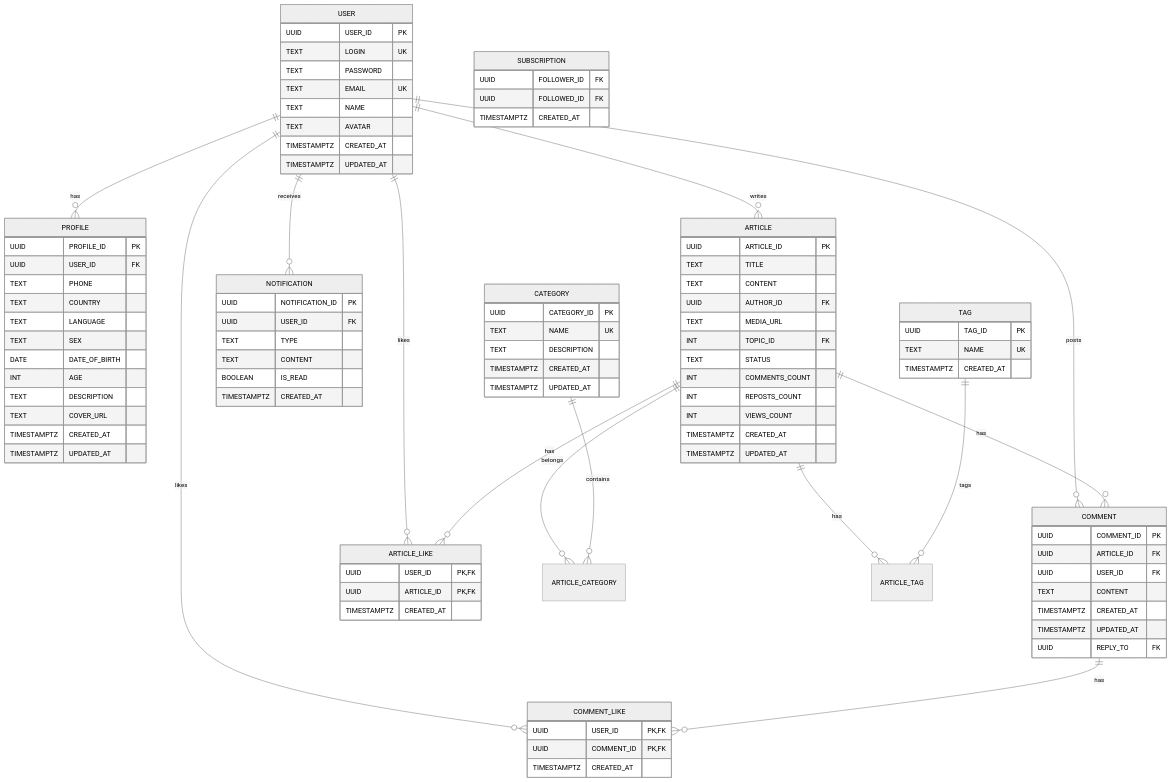
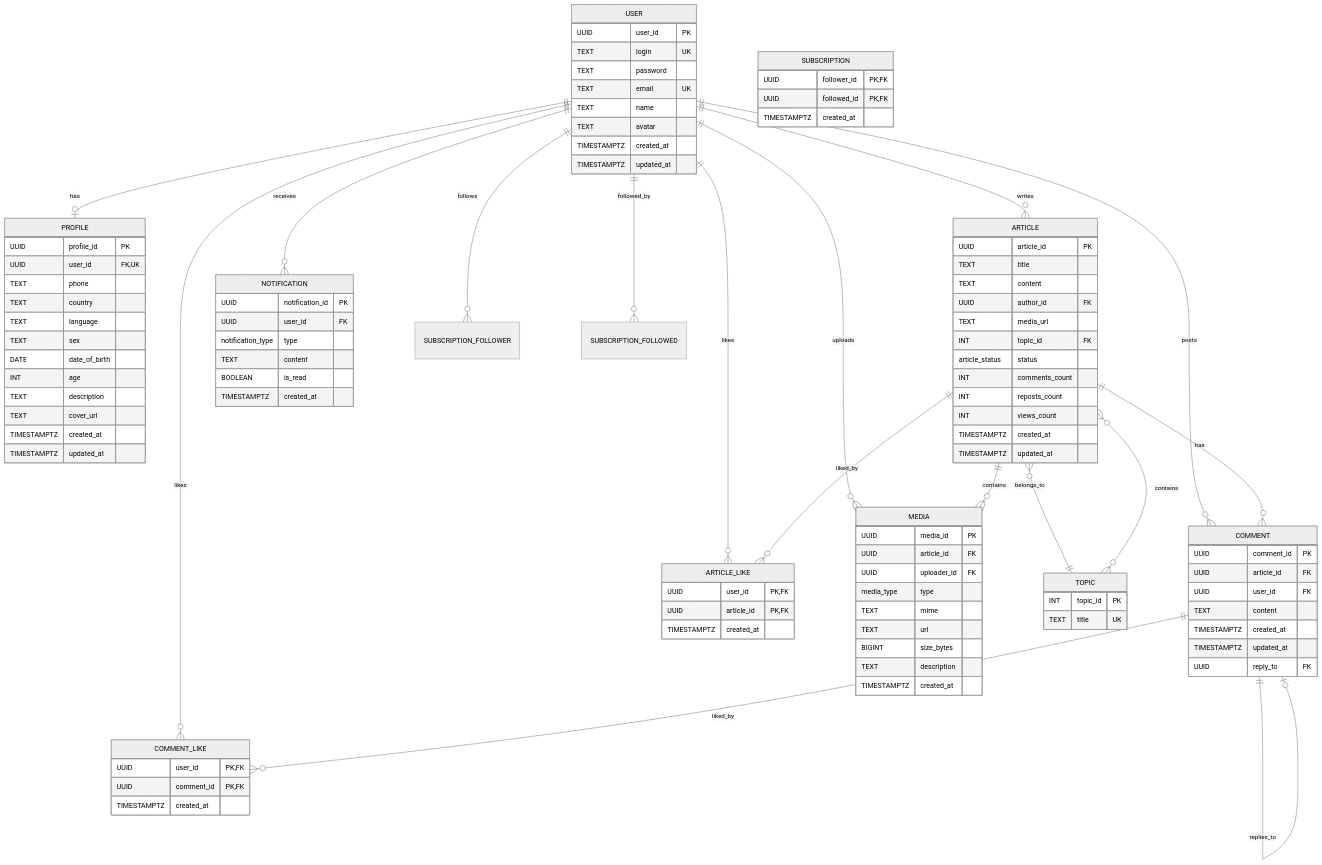
One commit to go-park-mail-ru/2025_2_MindLeak changed the diagram in db/normalized/ER_diagram.md. Above: the diagram before and after it, drawn with Mermaid (neutral theme). The commit also changed 2 other files, not shown here.

````diff
--- a/db/normalized/ER_diagram.md
+++ b/db/normalized/ER_diagram.md
@@ -1,99 +1,117 @@
 ```mermaid
 erDiagram
-    USER ||--o{ PROFILE : has
+    USER ||--o| PROFILE : has
     USER ||--o{ ARTICLE : writes
     USER ||--o{ COMMENT : posts
     USER ||--o{ ARTICLE_LIKE : likes
     USER ||--o{ COMMENT_LIKE : likes
     USER ||--o{ NOTIFICATION : receives
+    USER ||--o{ SUBSCRIPTION_FOLLOWER : follows
+    USER ||--o{ SUBSCRIPTION_FOLLOWED : followed_by
+    USER ||--o{ MEDIA : uploads
+
     ARTICLE ||--o{ COMMENT : has
-    ARTICLE ||--o{ ARTICLE_CATEGORY : belongs
-    ARTICLE ||--o{ ARTICLE_TAG : has
-    ARTICLE ||--o{ ARTICLE_LIKE : has
-    CATEGORY ||--o{ ARTICLE_CATEGORY : contains
-    TAG ||--o{ ARTICLE_TAG : tags
-    COMMENT ||--o{ COMMENT_LIKE : has
+    ARTICLE ||--o{ ARTICLE_LIKE : liked_by
+    ARTICLE ||--o{ MEDIA : contains
+    ARTICLE }o--|| TOPIC : belongs_to
+
+    COMMENT ||--o{ COMMENT_LIKE : liked_by
+    COMMENT ||--o| COMMENT : replies_to
+
+    TOPIC }o--o{ ARTICLE : contains
 
     USER {
-        UUID USER_ID PK
-        TEXT LOGIN UK
-        TEXT PASSWORD
-        TEXT EMAIL UK
-        TEXT NAME
-        TEXT AVATAR
-        TIMESTAMPTZ CREATED_AT
-        TIMESTAMPTZ UPDATED_AT
+        UUID user_id PK
+        TEXT login UK
+        TEXT password
+        TEXT email UK
+        TEXT name
+        TEXT avatar
+        TIMESTAMPTZ created_at
+        TIMESTAMPTZ updated_at
     }
+
     PROFILE {
-        UUID PROFILE_ID PK
-        UUID USER_ID FK
-        TEXT PHONE
-        TEXT COUNTRY
-        TEXT LANGUAGE
-        TEXT SEX
-        DATE DATE_OF_BIRTH
-        INT AGE
-        TEXT DESCRIPTION
-        TEXT COVER_URL
-        TIMESTAMPTZ CREATED_AT
-        TIMESTAMPTZ UPDATED_AT
+        UUID profile_id PK
+        UUID user_id FK,UK
+        TEXT phone
+        TEXT country
+        TEXT language
+        TEXT sex
+        DATE date_of_birth
+        INT age
+        TEXT description
+        TEXT cover_url
+        TIMESTAMPTZ created_at
+        TIMESTAMPTZ updated_at
     }
+
     ARTICLE {
-        UUID ARTICLE_ID PK
-        TEXT TITLE
-        TEXT CONTENT
-        UUID AUTHOR_ID FK
-        TEXT MEDIA_URL
-        INT TOPIC_ID FK
-        TEXT STATUS
-        INT COMMENTS_COUNT
-        INT REPOSTS_COUNT
-        INT VIEWS_COUNT
-        TIMESTAMPTZ CREATED_AT
-        TIMESTAMPTZ UPDATED_AT
+        UUID article_id PK
+        TEXT title
+        TEXT content
+        UUID author_id FK
+        TEXT media_url
+        INT topic_id FK
+        article_status status
+        INT comments_count
+        INT reposts_count
+        INT views_count
+        TIMESTAMPTZ created_at
+        TIMESTAMPTZ updated_at
     }
-    CATEGORY {
-        UUID CATEGORY_ID PK
-        TEXT NAME UK
-        TEXT DESCRIPTION
-        TIMESTAMPTZ CREATED_AT
-        TIMESTAMPTZ UPDATED_AT
+
+    TOPIC {
+        INT topic_id PK
+        TEXT title UK
     }
-    TAG {
-        UUID TAG_ID PK
-        TEXT NAME UK
-        TIMESTAMPTZ CREATED_AT
+
+    COMMENT {
+        UUID comment_id PK
+        UUID article_id FK
+        UUID user_id FK
+        TEXT content
+        TIMESTAMPTZ created_at
+        TIMESTAMPTZ updated_at
+        UUID reply_to FK
     }
-    COMMENT {
-        UUID COMMENT_ID PK
-        UUID ARTICLE_ID FK
-        UUID USER_ID FK
-        TEXT CONTENT
-        TIMESTAMPTZ CREATED_AT
-        TIMESTAMPTZ UPDATED_AT
-        UUID REPLY_TO FK
+
+    ARTICLE_LIKE {
+        UUID user_id PK,FK
+        UUID article_id PK,FK
+        TIMESTAMPTZ created_at
     }
-    ARTICLE_LIKE {
-        UUID USER_ID PK,FK
-        UUID ARTICLE_ID PK,FK
-        TIMESTAMPTZ CREATED_AT
+
+    COMMENT_LIKE {
+        UUID user_id PK,FK
+        UUID comment_id PK,FK
+        TIMESTAMPTZ created_at
     }
-    COMMENT_LIKE {
-        UUID USER_ID PK,FK
-        UUID COMMENT_ID PK,FK
-        TIMESTAMPTZ CREATED_AT
+
+    MEDIA {
+        UUID media_id PK
+        UUID article_id FK
+        UUID uploader_id FK
+        media_type type
+        TEXT mime
+        TEXT url
+        BIGINT size_bytes
+        TEXT description
+        TIMESTAMPTZ created_at
     }
+
+    SUBSCRIPTION {
+        UUID follower_id PK,FK
+        UUID followed_id PK,FK
+        TIMESTAMPTZ created_at
+    }
+
     NOTIFICATION {
-        UUID NOTIFICATION_ID PK
-        UUID USER_ID FK
-        TEXT TYPE
-        TEXT CONTENT
-        BOOLEAN IS_READ
-        TIMESTAMPTZ CREATED_AT
-    }
-    SUBSCRIPTION {
-        UUID FOLLOWER_ID FK
-        UUID FOLLOWED_ID FK
-        TIMESTAMPTZ CREATED_AT
+        UUID notification_id PK
+        UUID user_id FK
+        notification_type type
+        TEXT content
+        BOOLEAN is_read
+        TIMESTAMPTZ created_at
     }
 ```
````
